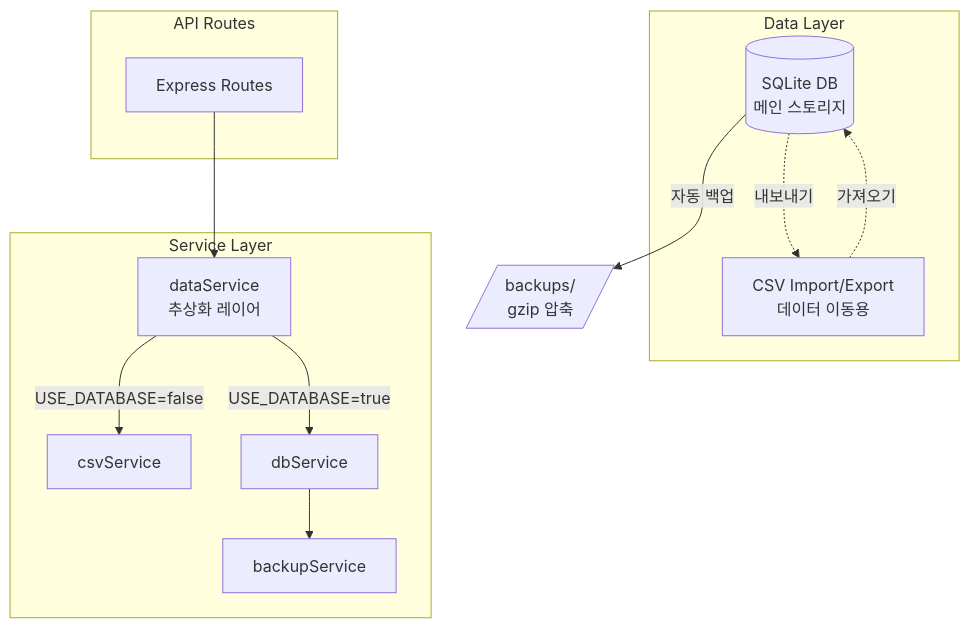
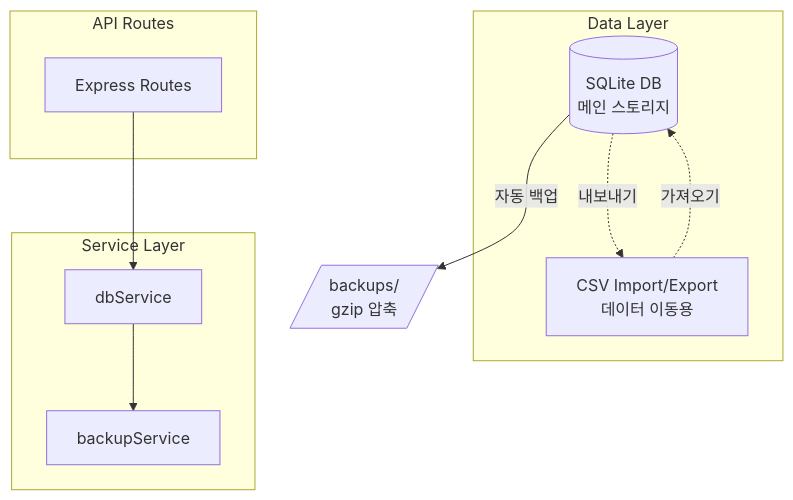
The fifth of 5 diagrams in CLAUDE.md (pghoya2956/QR-Entrance-System), drawn with Mermaid before and after one commit. The commit also changed other lines of this file and 13 other files, not shown here.

````diff
--- a/CLAUDE.md
+++ b/CLAUDE.md
@@ -250,28 +226,24 @@
 ```mermaid
 graph TB
     subgraph "Data Layer"
         DB[(SQLite DB<br/>메인 스토리지)]
         CSV[CSV Import/Export<br/>데이터 이동용]
         
         CSV -.->|가져오기| DB
         DB -.->|내보내기| CSV
     end
     
     subgraph "Service Layer"
-        DS[dataService<br/>추상화 레이어]
-        CS[csvService]
         DBS[dbService]
         BS[backupService]
         
-        DS -->|USE_DATABASE=false| CS
-        DS -->|USE_DATABASE=true| DBS
         DBS --> BS
     end
     
     subgraph "API Routes"
         API[Express Routes]
-        API --> DS
+        API --> DBS
     end
     
     DB -->|자동 백업| BK[/backups/<br/>gzip 압축/]
 ```
````
